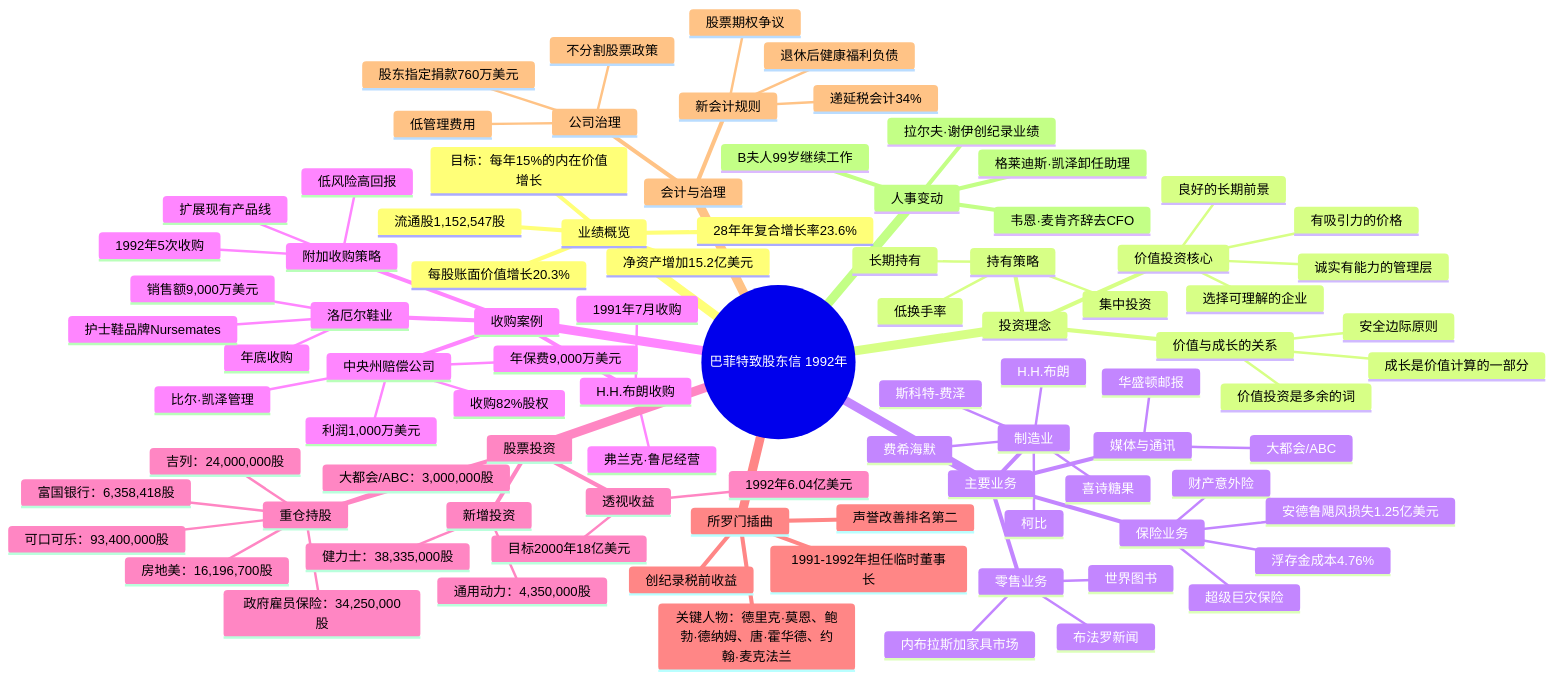
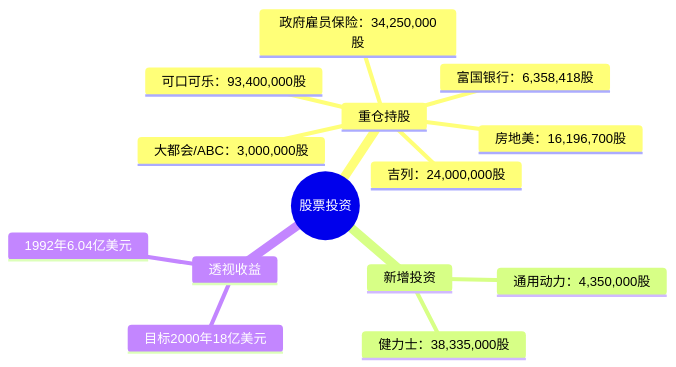
The sixth of 9 diagrams in docs/01_letters/1992年/思维导图.md (carllhm/buffett-knowledge-base), drawn with Mermaid before and after one commit. The commit also changed other lines of this file and 719 other files, not shown here.

Commit message:
思维导图重构：两级结构，总览+折叠子导图

````diff
--- a/docs/01_letters/1992年/思维导图.md
+++ b/docs/01_letters/1992年/思维导图.md
@@ -7,93 +163,17 @@
 ```mermaid
 mindmap
-  root((巴菲特致股东信 1992年))
-    业绩概览
-      每股账面价值增长20.3%
-      28年年复合增长率23.6%
-      净资产增加15.2亿美元
-      流通股1,152,547股
-      目标：每年15%的内在价值增长
-    投资理念
-      价值投资核心
-        选择可理解的企业
-        良好的长期前景
-        诚实有能力的管理层
-        有吸引力的价格
-      价值与成长的关系
-        成长是价值计算的一部分
-        价值投资是多余的词
-        安全边际原则
-      持有策略
-        长期持有
-        集中投资
-        低换手率
-    主要业务
-      保险业务
-        财产意外险
-        超级巨灾保险
-        浮存金成本4.76%
-        安德鲁飓风损失1.25亿美元
-      制造业
-        斯科特-费泽
-        喜诗糖果
-        柯比
-        费希海默
-        H.H.布朗
-      零售业务
-        内布拉斯加家具市场
-        布法罗新闻
-        世界图书
-      媒体与通讯
-        大都会/ABC
-        华盛顿邮报
-    收购案例
-      中央州赔偿公司
-        收购82%股权
-        年保费9,000万美元
-        利润1,000万美元
-        比尔·凯泽管理
-      H.H.布朗收购
-        1991年7月收购
-        弗兰克·鲁尼经营
-      洛厄尔鞋业
-        年底收购
-        销售额9,000万美元
-        护士鞋品牌Nursemates
-      附加收购策略
-        扩展现有产品线
-        低风险高回报
-        1992年5次收购
-    股票投资
-      重仓持股
-        可口可乐：93,400,000股
-        政府雇员保险：34,250,000股
-        大都会/ABC：3,000,000股
-        房地美：16,196,700股
-        吉列：24,000,000股
-        富国银行：6,358,418股
-      新增投资
-        通用动力：4,350,000股
-        健力士：38,335,000股
-      透视收益
-        1992年6.04亿美元
-        目标2000年18亿美元
-    所罗门插曲
-      1991-1992年担任临时董事长
-      声誉改善排名第二
-      创纪录税前收益
-      关键人物：德里克·莫恩、鲍勃·德纳姆、唐·霍华德、约翰·麦克法兰
-    会计与治理
-      新会计规则
-        递延税会计34%
-        退休后健康福利负债
-        股票期权争议
-      公司治理
-        低管理费用
-        股东指定捐款760万美元
-        不分割股票政策
-    人事变动
-      格莱迪斯·凯泽卸任助理
-      韦恩·麦肯齐辞去CFO
-      B夫人99岁继续工作
-      拉尔夫·谢伊创纪录业绩
+  root((股票投资))
+    重仓持股
+      可口可乐：93,400,000股
+      政府雇员保险：34,250,000股
+      大都会/ABC：3,000,000股
+      房地美：16,196,700股
+      吉列：24,000,000股
+      富国银行：6,358,418股
+    新增投资
+      通用动力：4,350,000股
+      健力士：38,335,000股
+    透视收益
+      1992年6.04亿美元
+      目标2000年18亿美元
 ```
````
